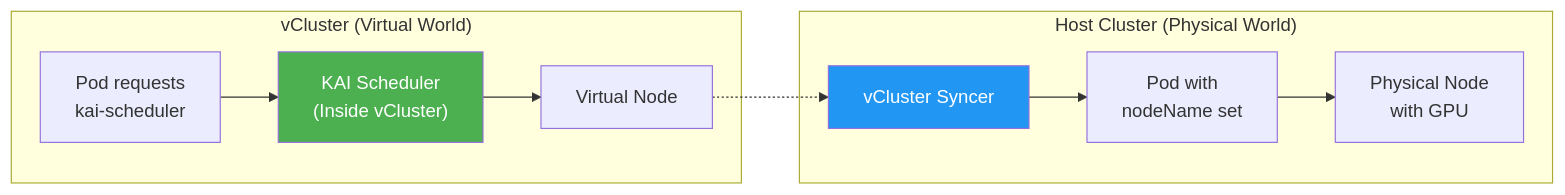
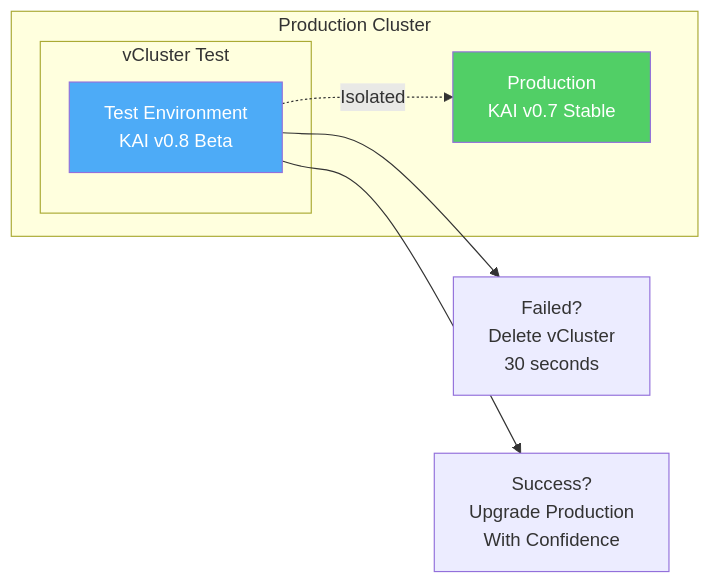
One commit to Piotr1215/youtube changed the fourth of 5 diagrams in kai-scheduler/presentation.md. Above: the diagram before and after it, drawn with Mermaid. The commit also changed other lines of this file and 6 other files, not shown here.

Commit message:
feat: improve kai scheduler demo

````diff
--- a/kai-scheduler/presentation.md
+++ b/kai-scheduler/presentation.md
@@ -439,25 +268,21 @@
 ```mermaid +render
-flowchart LR
-    subgraph VC["vCluster (Virtual World)"]
-        VP["Pod requests<br/>kai-scheduler"]
-        KAI["KAI Scheduler<br/>(Inside vCluster)"]
-        VN["Virtual Node"]
-        
-        VP --> KAI
-        KAI --> VN
+graph LR
+    subgraph "Production Cluster"
+        subgraph "vCluster Test"
+            TEST["Test Environment<br/>KAI v0.8 Beta"]
+        end
+
+        PROD["Production<br/>KAI v0.7 Stable"]
+
+        TEST -.->|"Isolated"| PROD
     end
-    
-    subgraph HC["Host Cluster (Physical World)"]
-        SYNC["vCluster Syncer"]
-        HP["Pod with<br/>nodeName set"]
-        HN["Physical Node<br/>with GPU"]
-        
-        SYNC --> HP
-        HP --> HN
-    end
-    
-    VN -.-> SYNC
-    
-    style KAI fill:#4CAF50,color:#fff
-    style SYNC fill:#2196F3,color:#fff
+
+    ROLLBACK["Failed?<br/>Delete vCluster<br/>30 seconds"]
+    SUCCESS["Success?<br/>Upgrade Production<br/>With Confidence"]
+
+    TEST --> ROLLBACK
+    TEST --> SUCCESS
+
+    style TEST fill:#4dabf7,color:#fff
+    style PROD fill:#51cf66,color:#fff
 ```
````
